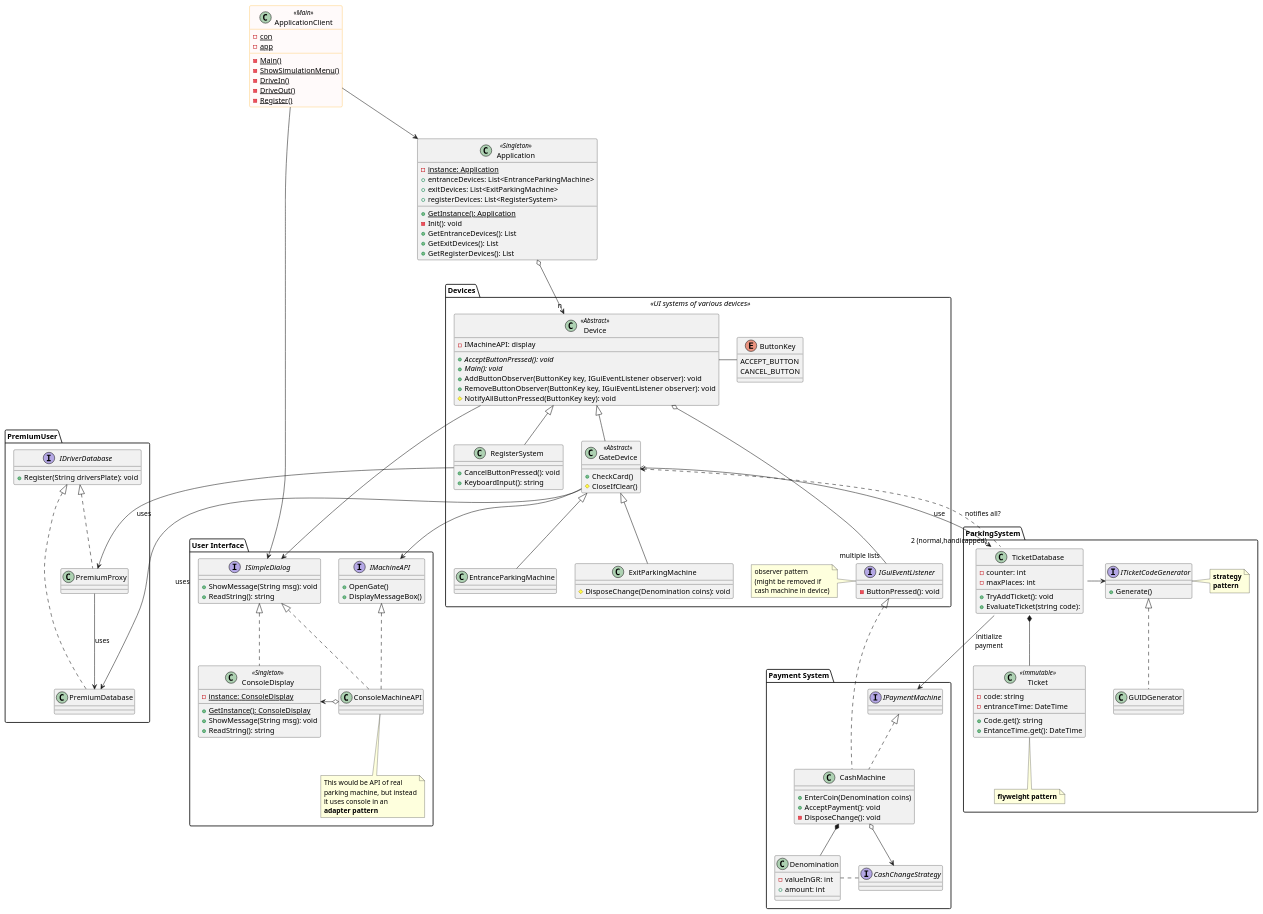
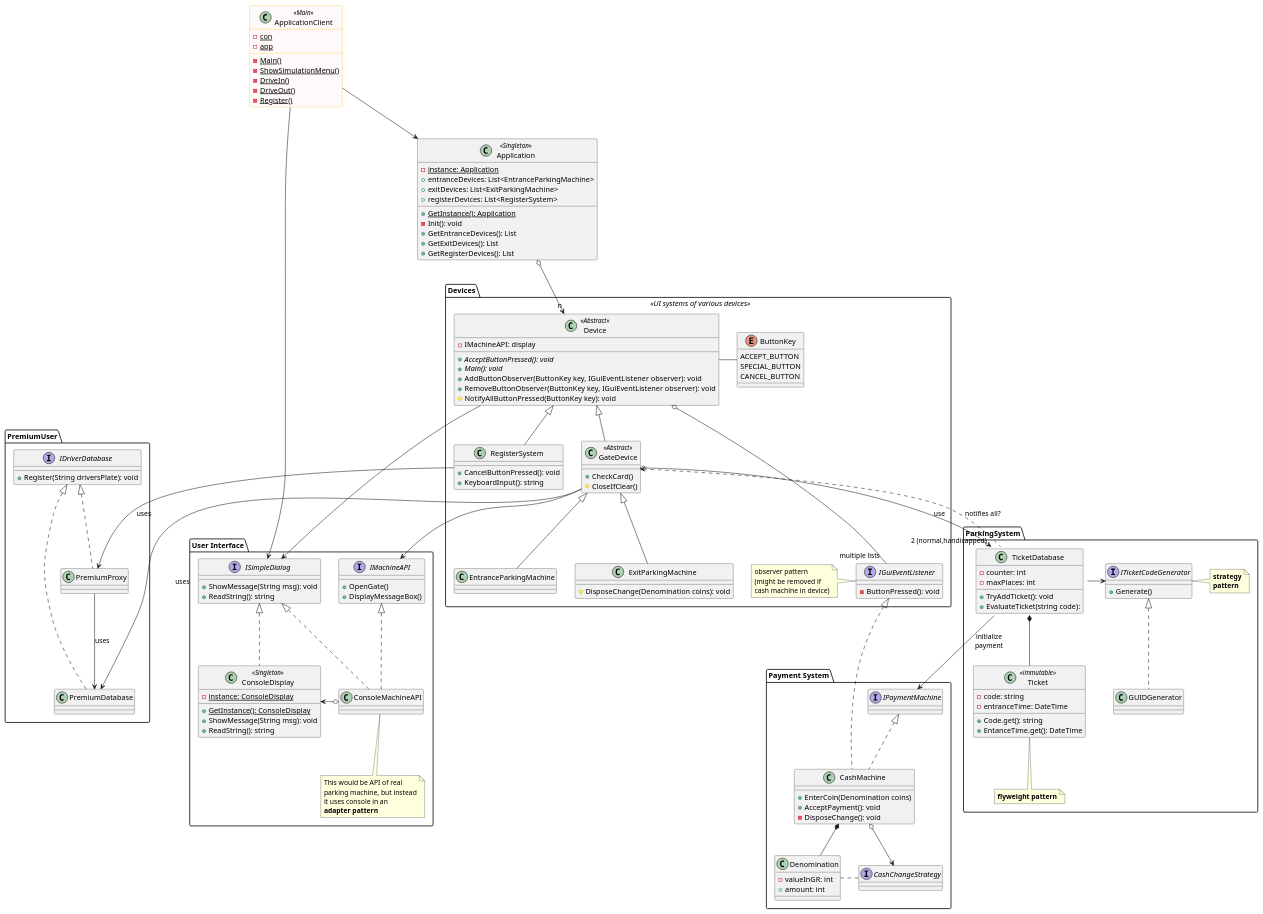
The diagram in uml/main_uml.puml (CKTA00/TO_proj), drawn with PlantUML before and after one commit.

Commit message:
UML: Added another ButtonKey

```diff
--- a/uml/main_uml.puml
+++ b/uml/main_uml.puml
@@ -117,6 +117,7 @@
 
     enum ButtonKey{
         ACCEPT_BUTTON
+        SPECIAL_BUTTON
         CANCEL_BUTTON
     }
 
```
